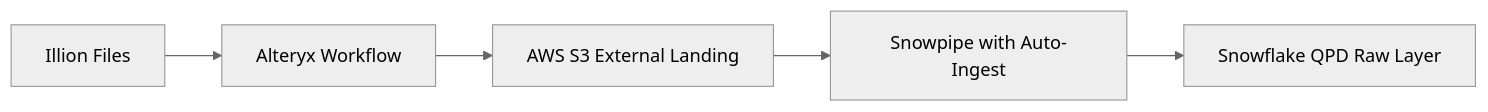
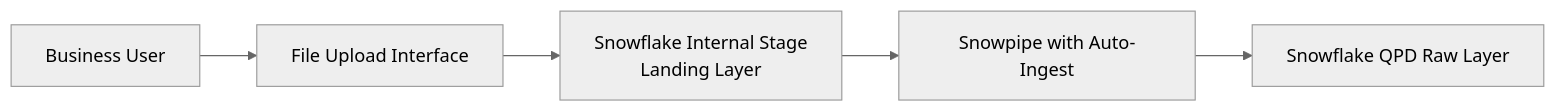
Before and after one commit to sfc-gh-mhindi/REPO_CBA: the eighth of 14 diagrams in 15-BB-QPD Future State/QPD - Future State.md, drawn with Mermaid (neutral theme). The commit also changed other lines of this file, not shown here.

````diff
--- a/15-BB-QPD Future State/QPD - Future State.md
+++ b/15-BB-QPD Future State/QPD - Future State.md
@@ -509,7 +515,7 @@
 ```mermaid
 graph LR
-    Illion[Illion Files] --> Alteryx[Alteryx Workflow]
-    Alteryx --> S3_Landing[AWS S3 External Landing]
-    S3_Landing --> Snowpipe[Snowpipe with Auto-Ingest]
+    User[Business User] --> Upload[File Upload Interface]
+    Upload --> SF_Internal[Snowflake Internal Stage<br/>Landing Layer]
+    SF_Internal --> Snowpipe[Snowpipe with Auto-Ingest]
     Snowpipe --> SF_Raw[Snowflake QPD Raw Layer]
 ```
````
